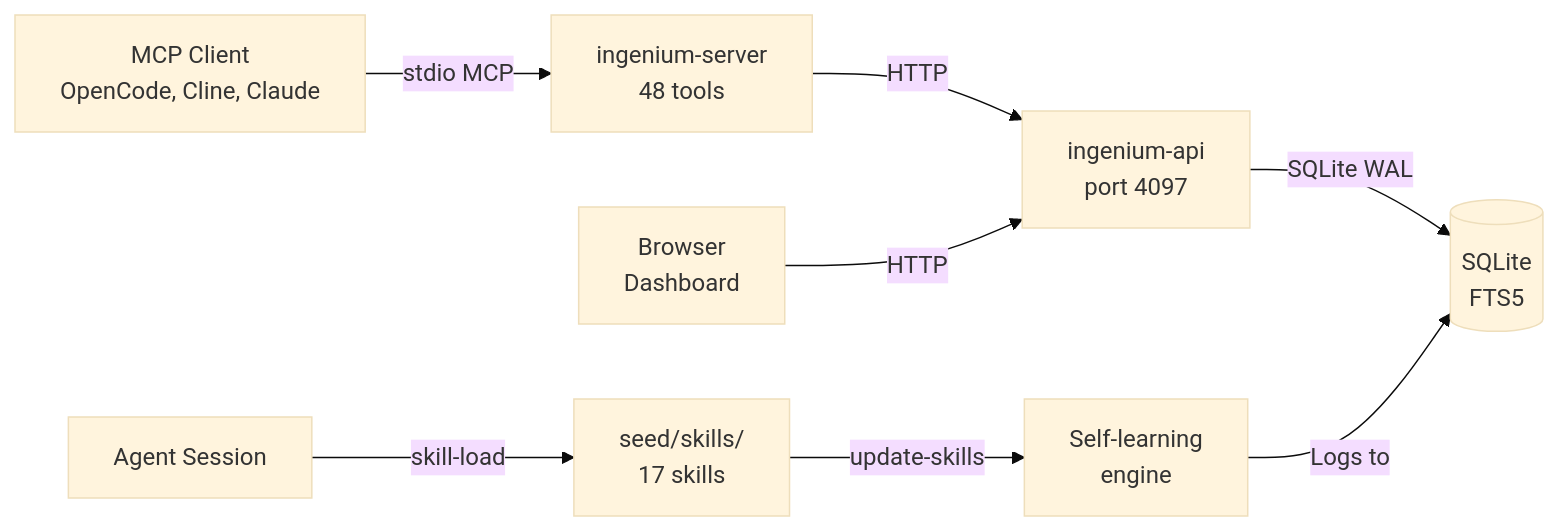
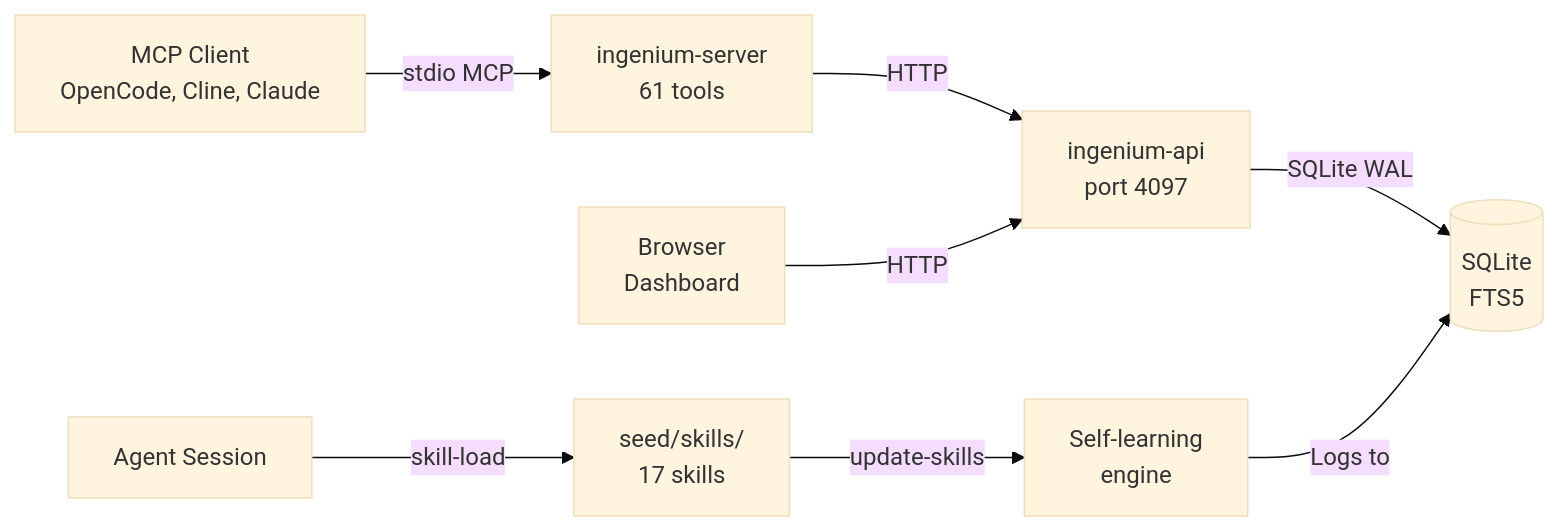
The diagram in README.md (jtmb/ingenium), drawn with Mermaid (base theme) before and after one commit. The commit also changed other lines of this file and 15 other files, not shown here.

````diff
--- a/README.md
+++ b/README.md
@@ -139,11 +142,11 @@
 ```mermaid
 graph LR
-    A[MCP Client<br/>OpenCode, Cline, Claude] -->|stdio MCP| B[ingenium-server<br/>48 tools]
+    A[MCP Client<br/>OpenCode, Cline, Claude] -->|stdio MCP| B[ingenium-server<br/>61 tools]
     B -->|HTTP| C[ingenium-api<br/>port 4097]
     D[Browser<br/>Dashboard] -->|HTTP| C
     C -->|SQLite WAL| E[(SQLite<br/>FTS5)]
     
     F[Agent Session] -->|skill-load| G[seed/skills/<br/>17 skills]
     G -->|update-skills| H[Self-learning<br/>engine]
     H -->|Logs to| E
 ```
````
